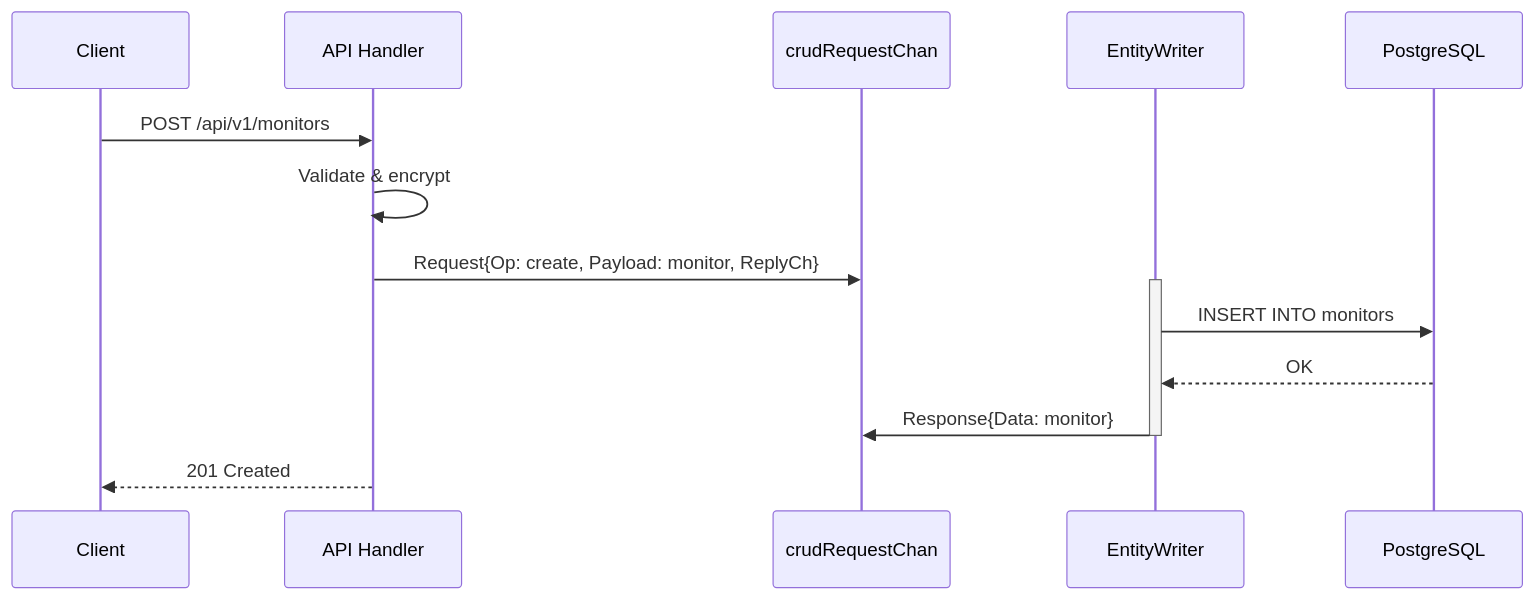
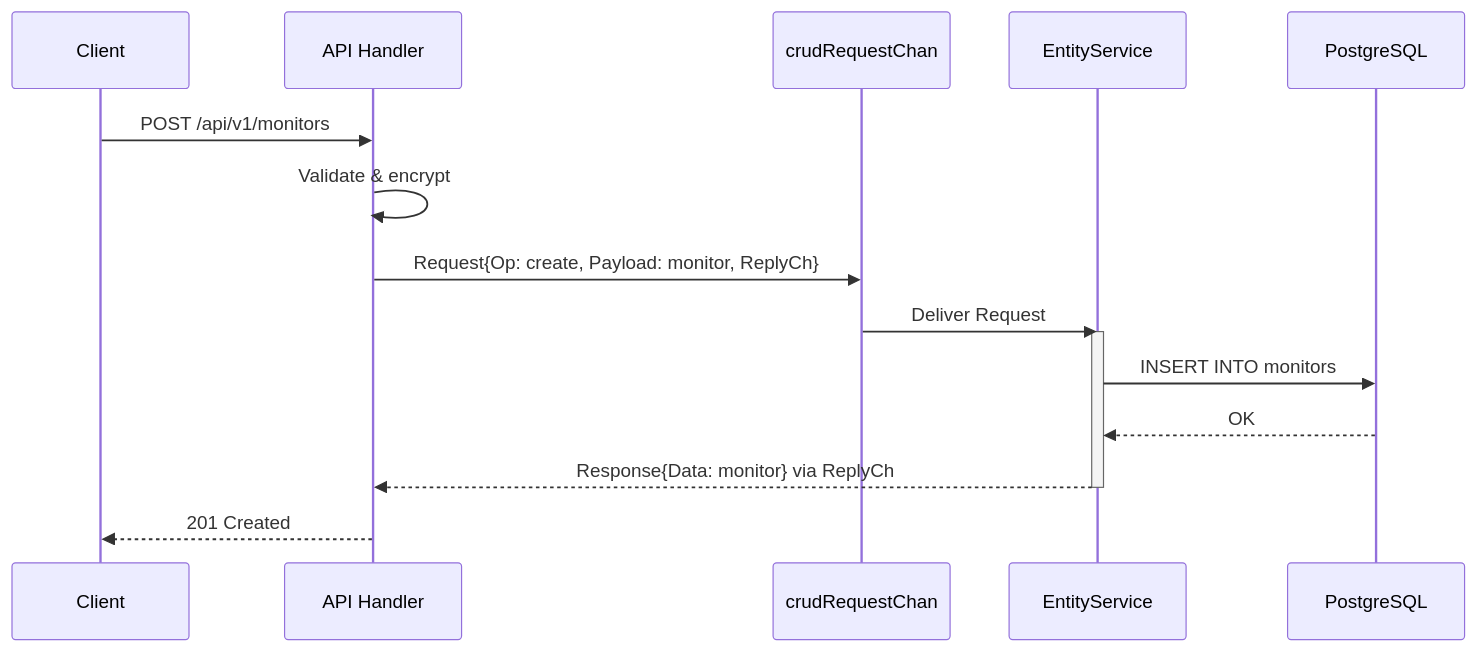
Before and after one commit to PremModhaOfficial/nms: the third of 10 diagrams in ARCHITECTURE.md, drawn with Mermaid. The commit also changed other lines of this file and 24 other files, not shown here.

````diff
--- a/ARCHITECTURE.md
+++ b/ARCHITECTURE.md
@@ -135,18 +132,19 @@
 ```mermaid
 sequenceDiagram
     participant Client
     participant API as API Handler
     participant CH as crudRequestChan
-    participant EW as EntityWriter
+    participant ES as EntityService
     participant DB as PostgreSQL
 
     Client->>API: POST /api/v1/monitors
     API->>API: Validate & encrypt
     API->>CH: Request{Op: create, Payload: monitor, ReplyCh}
-    activate EW
-    EW->>DB: INSERT INTO monitors
-    DB-->>EW: OK
-    EW->>CH: Response{Data: monitor}
-    deactivate EW
+    CH->>ES: Deliver Request
+    activate ES
+    ES->>DB: INSERT INTO monitors
+    DB-->>ES: OK
+    ES-->>API: Response{Data: monitor} via ReplyCh
+    deactivate ES
     API-->>Client: 201 Created
 ```
````
